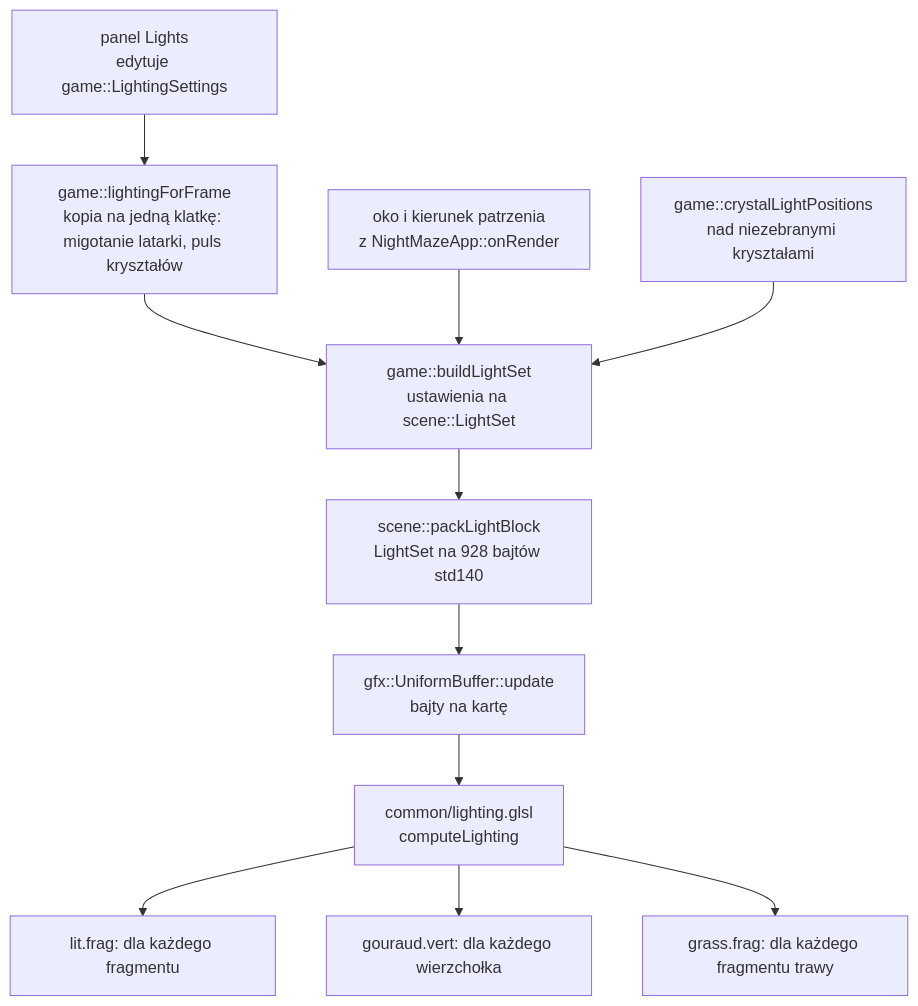
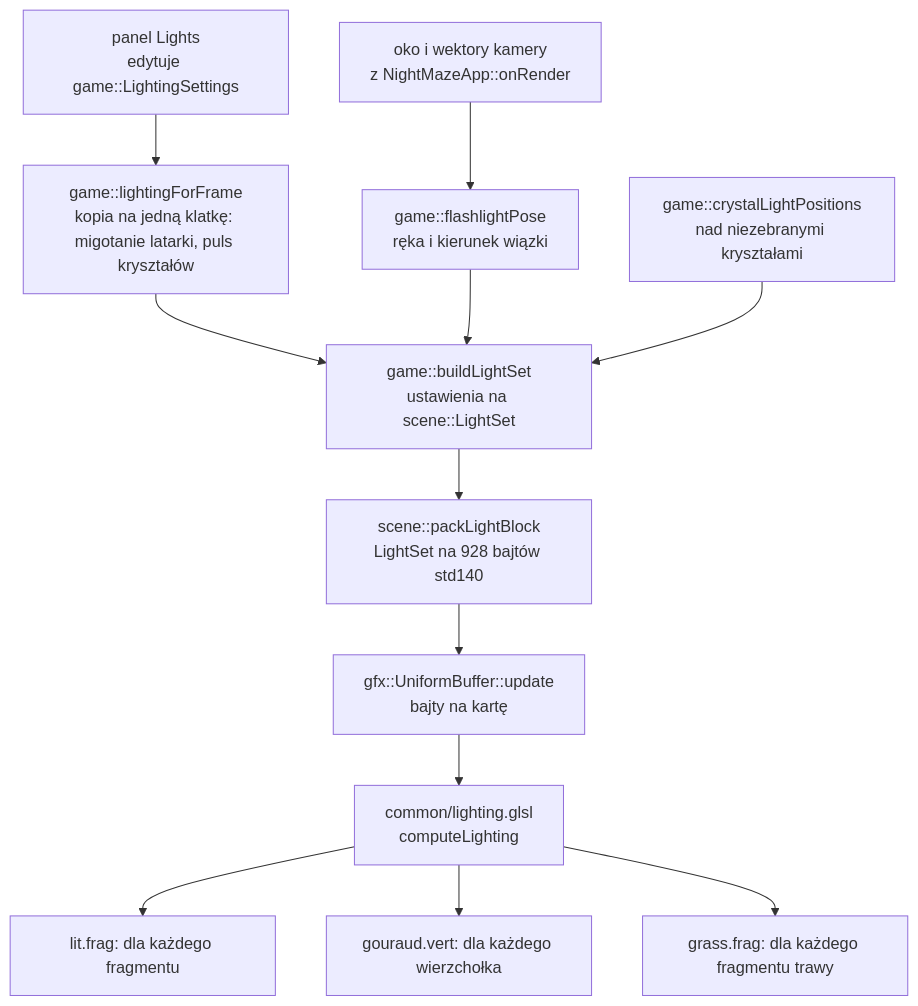
The second of 2 diagrams in docs/modules/scene/lights.md (Shironex/night-maze), drawn with Mermaid before and after one commit. The commit also changed other lines of this file and 68 other files, not shown here.

Commit message:
feat(game): cast flashlight shadows from the hand with a perspective shadow map

````diff
--- a/docs/modules/scene/lights.md
+++ b/docs/modules/scene/lights.md
@@ -754,13 +754,14 @@
 ```mermaid
 flowchart TD
     Panel["panel Lights<br>edytuje game::LightingSettings"] --> Frame
     Frame["game::lightingForFrame<br>kopia na jedną klatkę: migotanie latarki, puls kryształów"] --> Build
-    Eye["oko i kierunek patrzenia<br>z NightMazeApp::onRender"] --> Build
+    Eye["oko i wektory kamery<br>z NightMazeApp::onRender"] --> Pose["game::flashlightPose<br>ręka i kierunek wiązki"]
+    Pose --> Build
     Crystals["game::crystalLightPositions<br>nad niezebranymi kryształami"] --> Build
     Build["game::buildLightSet<br>ustawienia na scene::LightSet"] --> Pack
     Pack["scene::packLightBlock<br>LightSet na 928 bajtów std140"] --> Ubo
     Ubo["gfx::UniformBuffer::update<br>bajty na kartę"] --> Glsl
     Glsl["common/lighting.glsl<br>computeLighting"] --> Frag["lit.frag: dla każdego fragmentu"]
     Glsl --> Vert["gouraud.vert: dla każdego wierzchołka"]
     Glsl --> Grass["grass.frag: dla każdego fragmentu trawy"]
 ```
````
